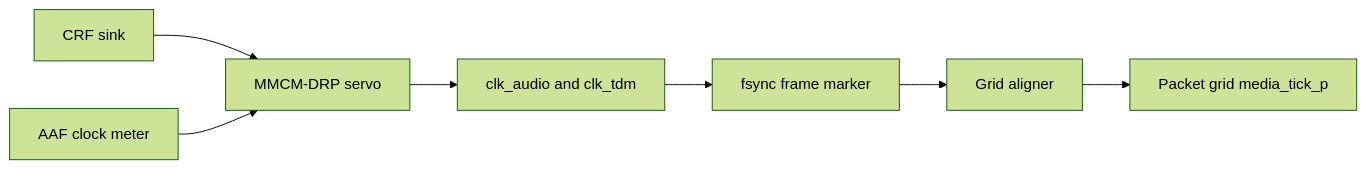
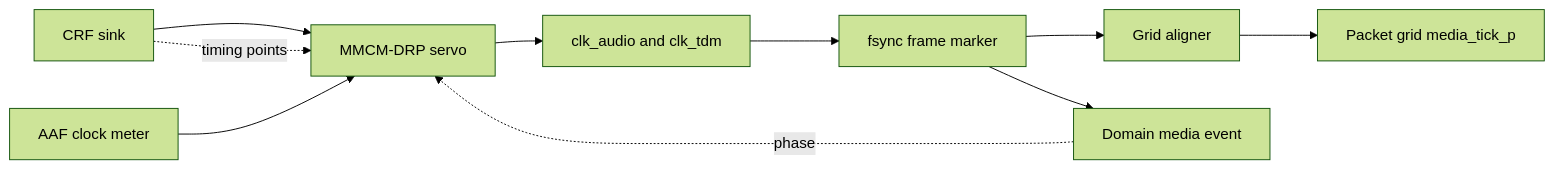
Before and after one commit to kebag-logic/milan-fpga: the second of 2 diagrams in docs/design/TIME_SYNC.md, drawn with Mermaid (forest theme). The commit also changed other lines of this file and 5 other files, not shown here.

Commit message:
Document the phase contract per source, the domain event and per-interface constants, the listener decision and the -0.46 Ps accounting (#632, #764)

````diff
--- a/docs/design/TIME_SYNC.md
+++ b/docs/design/TIME_SYNC.md
@@ -179,9 +179,12 @@
 ```mermaid
 flowchart LR
     CRF[CRF sink] --> SERVO[MMCM-DRP servo]
     AAFM[AAF clock meter] --> SERVO
     SERVO --> AUDIO[clk_audio and clk_tdm]
     AUDIO --> FSYNC[fsync frame marker]
     FSYNC --> ALIGN[Grid aligner]
     ALIGN --> TICK[Packet grid media_tick_p]
+    FSYNC --> DOMEV[Domain media event]
+    DOMEV -. phase .-> SERVO
+    CRF -. timing points .-> SERVO
 ```
````
